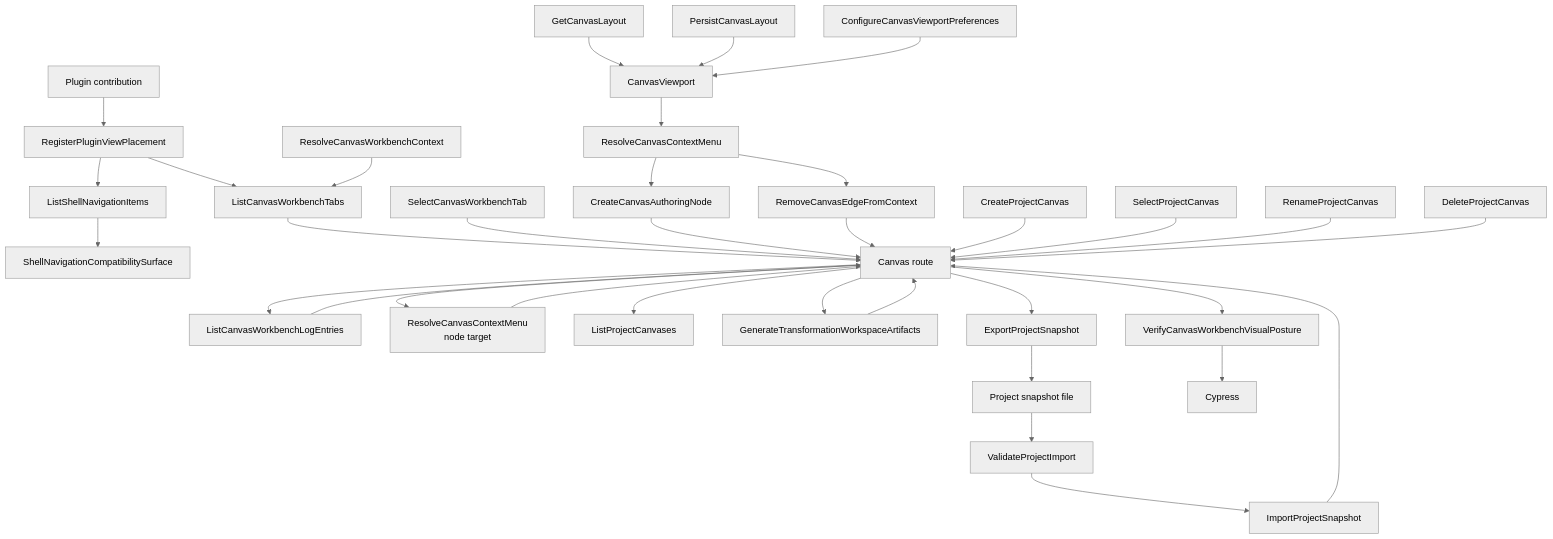
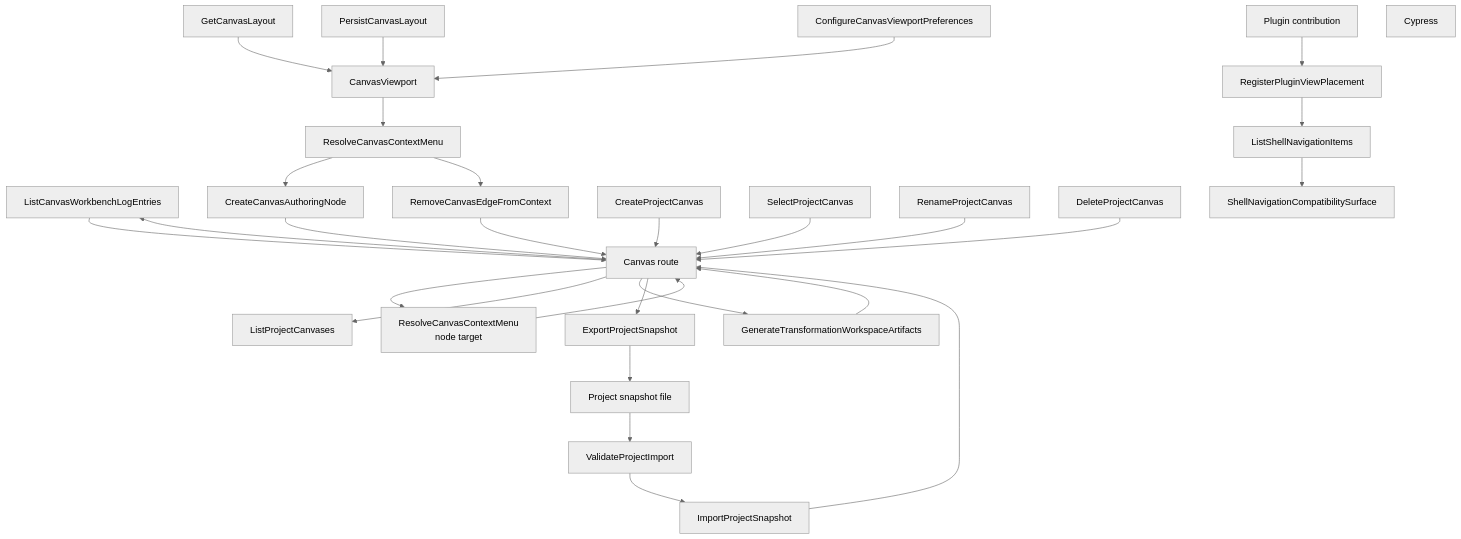
One commit to dunay2/dvt changed the diagram in docs/architecture/components/web/graph/canvas-workbench-command-query-catalog.md. Above: the diagram before and after it, drawn with Mermaid (neutral theme). The commit also changed other lines of this file and 26 other files, not shown here.

Commit message:
refactor(web): Retire legacy Canvas workbench tabs

````diff
--- a/docs/architecture/components/web/graph/canvas-workbench-command-query-catalog.md
+++ b/docs/architecture/components/web/graph/canvas-workbench-command-query-catalog.md
@@ -176,66 +160,56 @@
 ```mermaid
 flowchart TD
   Plugin["Plugin contribution"]
   Placement["RegisterPluginViewPlacement"]
   ShellQuery["ListShellNavigationItems"]
-  CanvasQuery["ListCanvasWorkbenchTabs"]
   LogQuery["ListCanvasWorkbenchLogEntries"]
-  CanvasContext["ResolveCanvasWorkbenchContext"]
-  SelectTab["SelectCanvasWorkbenchTab"]
   LayoutQuery["GetCanvasLayout"]
   LayoutCommand["PersistCanvasLayout"]
   Prefs["ConfigureCanvasViewportPreferences"]
   ContextMenu["ResolveCanvasContextMenu"]
   NodeMenu["ResolveCanvasContextMenu<br>node target"]
   CreateNode["CreateCanvasAuthoringNode"]
   RemoveEdge["RemoveCanvasEdgeFromContext"]
   CanvasList["ListProjectCanvases"]
   CanvasCreate["CreateProjectCanvas"]
   CanvasSelect["SelectProjectCanvas"]
   CanvasRename["RenameProjectCanvas"]
   CanvasDelete["DeleteProjectCanvas"]
   GenerateTransformation["GenerateTransformationWorkspaceArtifacts"]
   ExportSnapshot["ExportProjectSnapshot"]
   ValidateImport["ValidateProjectImport"]
   ImportSnapshot["ImportProjectSnapshot"]
-  VisualProof["VerifyCanvasWorkbenchVisualPosture"]
   Shell["ShellNavigationCompatibilitySurface"]
   Canvas["Canvas route"]
   Viewport["CanvasViewport"]
   File["Project snapshot file"]
   Cypress["Cypress"]
 
   Plugin --> Placement
   Placement --> ShellQuery
-  Placement --> CanvasQuery
   ShellQuery --> Shell
-  CanvasContext --> CanvasQuery
-  CanvasQuery --> Canvas
   Canvas --> LogQuery
   LogQuery --> Canvas
-  SelectTab --> Canvas
   LayoutQuery --> Viewport
   LayoutCommand --> Viewport
   Prefs --> Viewport
   Viewport --> ContextMenu
   Canvas --> NodeMenu
   ContextMenu --> CreateNode
   ContextMenu --> RemoveEdge
   NodeMenu --> Canvas
   CreateNode --> Canvas
   RemoveEdge --> Canvas
   Canvas --> CanvasList
   CanvasCreate --> Canvas
   CanvasSelect --> Canvas
   CanvasRename --> Canvas
   CanvasDelete --> Canvas
   Canvas --> GenerateTransformation
   GenerateTransformation --> Canvas
   Canvas --> ExportSnapshot
   ExportSnapshot --> File
   File --> ValidateImport
   ValidateImport --> ImportSnapshot
   ImportSnapshot --> Canvas
-  Canvas --> VisualProof
-  VisualProof --> Cypress
 ```
````
